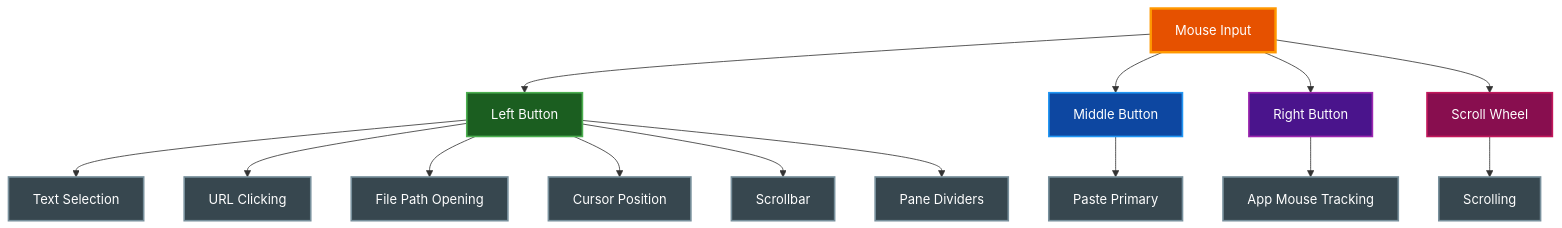
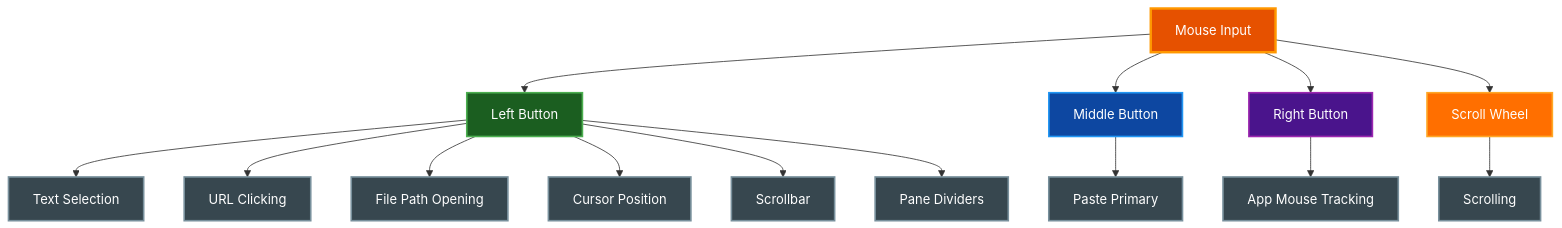
The diagram in docs/features/MOUSE_FEATURES.md (paulrobello/par-term), drawn with Mermaid before and after one commit. The commit also changed 40 other files, not shown here.

First line of the commit message:
docs: sync docs/ to implementation; fix CLAUDE.md dep graph

````diff
--- a/docs/features/MOUSE_FEATURES.md
+++ b/docs/features/MOUSE_FEATURES.md
@@ -22,38 +22,38 @@
 ```mermaid
 graph TD
     Mouse[Mouse Input]
     Left[Left Button]
     Middle[Middle Button]
     Right[Right Button]
     Wheel[Scroll Wheel]
 
     Mouse --> Left
     Mouse --> Middle
     Mouse --> Right
     Mouse --> Wheel
 
     Left --> Selection[Text Selection]
     Left --> URLs[URL Clicking]
     Left --> Files[File Path Opening]
     Left --> Cursor[Cursor Position]
     Left --> Scrollbar[Scrollbar]
     Left --> Divider[Pane Dividers]
 
     Middle --> Paste[Paste Primary]
     Right --> AppMouse[App Mouse Tracking]
     Wheel --> Scroll[Scrolling]
 
     class Mouse primary
     class Left active
     class Middle info
     class Right external
     class Wheel warning
     class Selection,URLs,Files,Cursor,Scrollbar,Divider,Paste,AppMouse,Scroll neutral
 
     classDef primary fill:#e65100,stroke:#ff9800,stroke-width:3px,color:#ffffff
     classDef active fill:#1b5e20,stroke:#4caf50,stroke-width:2px,color:#ffffff
     classDef info fill:#0d47a1,stroke:#2196f3,stroke-width:2px,color:#ffffff
     classDef external fill:#4a148c,stroke:#9c27b0,stroke-width:2px,color:#ffffff
-    classDef warning fill:#880e4f,stroke:#c2185b,stroke-width:2px,color:#ffffff
+    classDef warning fill:#ff6f00,stroke:#ffa726,stroke-width:2px,color:#ffffff
     classDef neutral fill:#37474f,stroke:#78909c,stroke-width:2px,color:#ffffff
 ```
````
